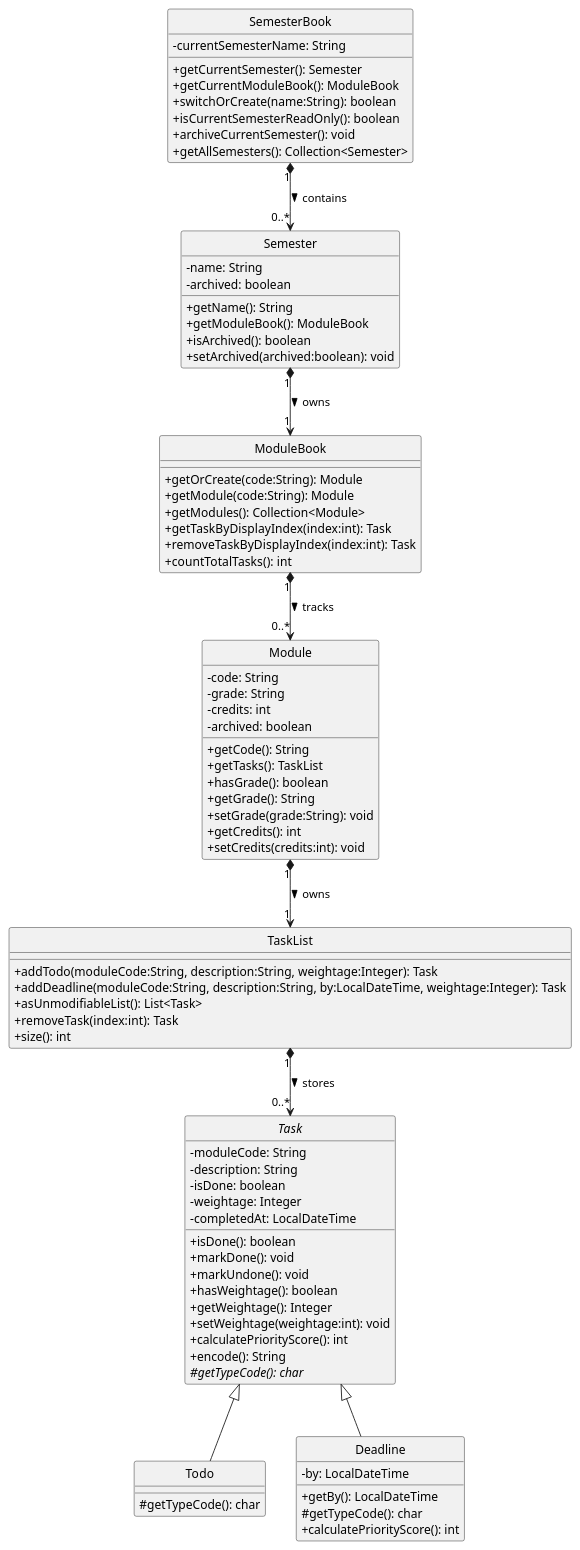
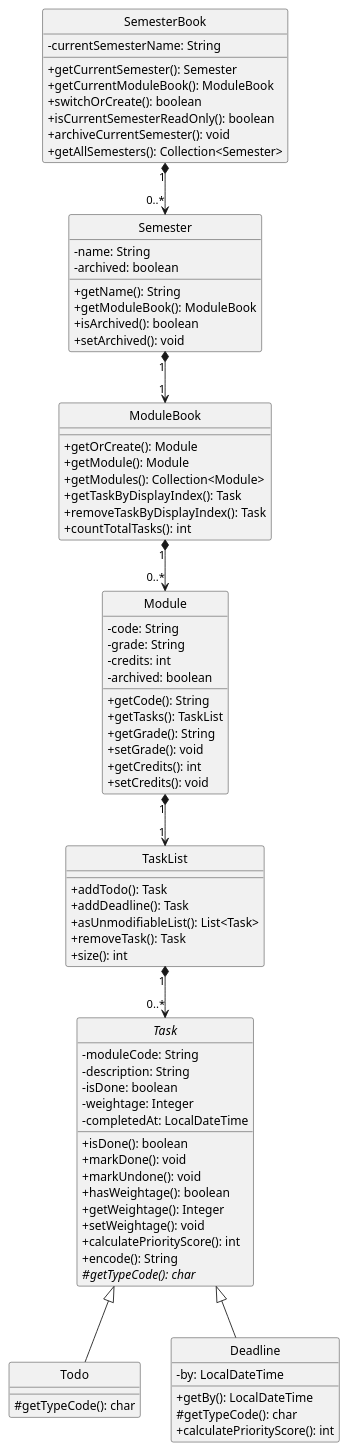
The diagram in docs/diagrams/DataModelClassDiagram.puml (heeelol/tp), drawn with PlantUML before and after one commit. The commit also changed 28 other files, not shown here.

Commit message:
Revamp DG to remove redundant, repetitive diagrams subsumed into CommandArchitecture and rewrite implementation; and create SemesterLifecycle

```diff
--- a/docs/diagrams/DataModelClassDiagram.puml
+++ b/docs/diagrams/DataModelClassDiagram.puml
@@ -1,92 +1,91 @@
 @startuml DataModelClassDiagram
 
 hide circle
 skinparam classAttributeIconSize 0
 
 class SemesterBook {
     -currentSemesterName: String
     +getCurrentSemester(): Semester
     +getCurrentModuleBook(): ModuleBook
-    +switchOrCreate(name:String): boolean
+    +switchOrCreate(): boolean
     +isCurrentSemesterReadOnly(): boolean
     +archiveCurrentSemester(): void
     +getAllSemesters(): Collection<Semester>
 }
 
 class Semester {
     -name: String
     -archived: boolean
     +getName(): String
     +getModuleBook(): ModuleBook
     +isArchived(): boolean
-    +setArchived(archived:boolean): void
+    +setArchived(): void
 }
 
 class ModuleBook {
-    +getOrCreate(code:String): Module
-    +getModule(code:String): Module
+    +getOrCreate(): Module
+    +getModule(): Module
     +getModules(): Collection<Module>
-    +getTaskByDisplayIndex(index:int): Task
-    +removeTaskByDisplayIndex(index:int): Task
+    +getTaskByDisplayIndex(): Task
+    +removeTaskByDisplayIndex(): Task
     +countTotalTasks(): int
 }
 
 class Module {
     -code: String
     -grade: String
     -credits: int
     -archived: boolean
     +getCode(): String
     +getTasks(): TaskList
-    +hasGrade(): boolean
     +getGrade(): String
-    +setGrade(grade:String): void
+    +setGrade(): void
     +getCredits(): int
-    +setCredits(credits:int): void
+    +setCredits(): void
 }
 
 class TaskList {
-    +addTodo(moduleCode:String, description:String, weightage:Integer): Task
-    +addDeadline(moduleCode:String, description:String, by:LocalDateTime, weightage:Integer): Task
+    +addTodo(): Task
+    +addDeadline(): Task
     +asUnmodifiableList(): List<Task>
-    +removeTask(index:int): Task
+    +removeTask(): Task
     +size(): int
 }
 
 abstract class Task {
     -moduleCode: String
     -description: String
     -isDone: boolean
     -weightage: Integer
     -completedAt: LocalDateTime
     +isDone(): boolean
     +markDone(): void
     +markUndone(): void
     +hasWeightage(): boolean
     +getWeightage(): Integer
-    +setWeightage(weightage:int): void
+    +setWeightage(): void
     +calculatePriorityScore(): int
     +encode(): String
     #{abstract} getTypeCode(): char
 }
 
 class Todo {
     #getTypeCode(): char
 }
 
 class Deadline {
     -by: LocalDateTime
     +getBy(): LocalDateTime
     #getTypeCode(): char
     +calculatePriorityScore(): int
 }
 
-SemesterBook "1" *--> "0..*" Semester : contains >
-Semester "1" *--> "1" ModuleBook : owns >
-ModuleBook "1" *--> "0..*" Module : tracks >
-Module "1" *--> "1" TaskList : owns >
-TaskList "1" *--> "0..*" Task : stores >
+SemesterBook "1" *--> "0..*" Semester
+Semester "1" *--> "1" ModuleBook
+ModuleBook "1" *--> "0..*" Module
+Module "1" *--> "1" TaskList
+TaskList "1" *--> "0..*" Task
 Task <|-- Todo
 Task <|-- Deadline
 
 @enduml
```
